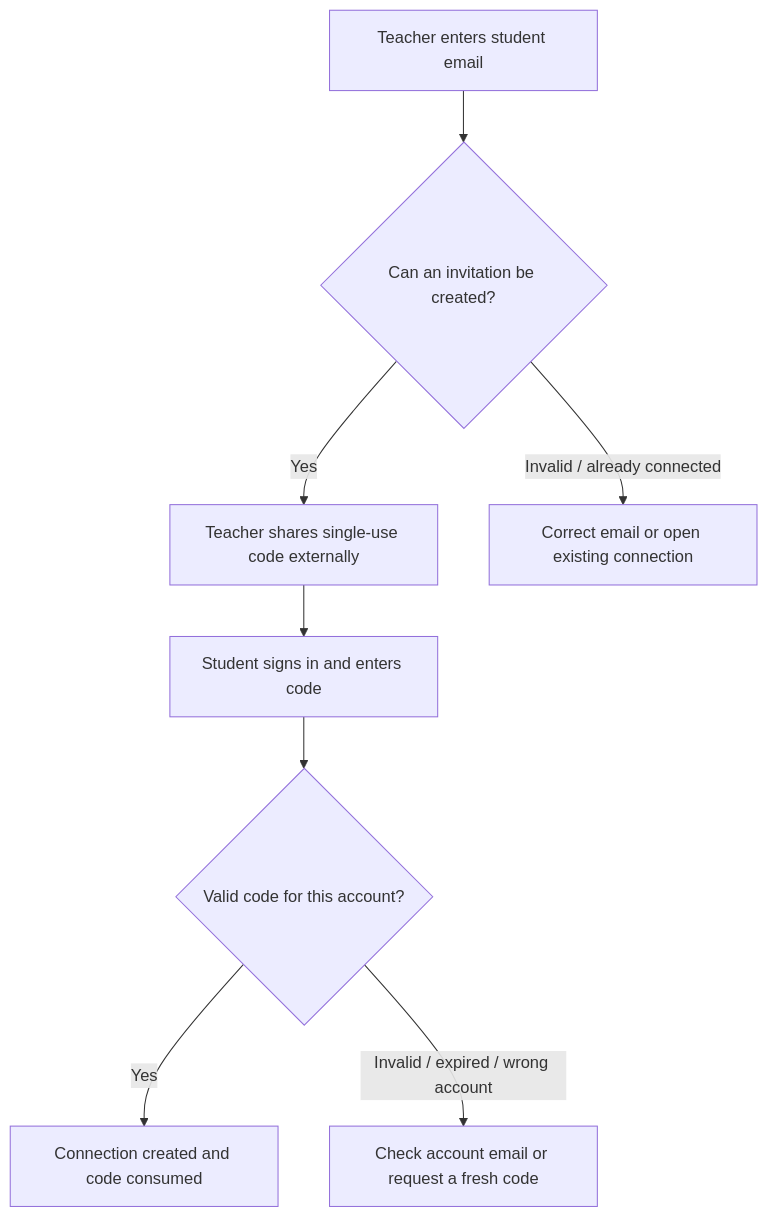
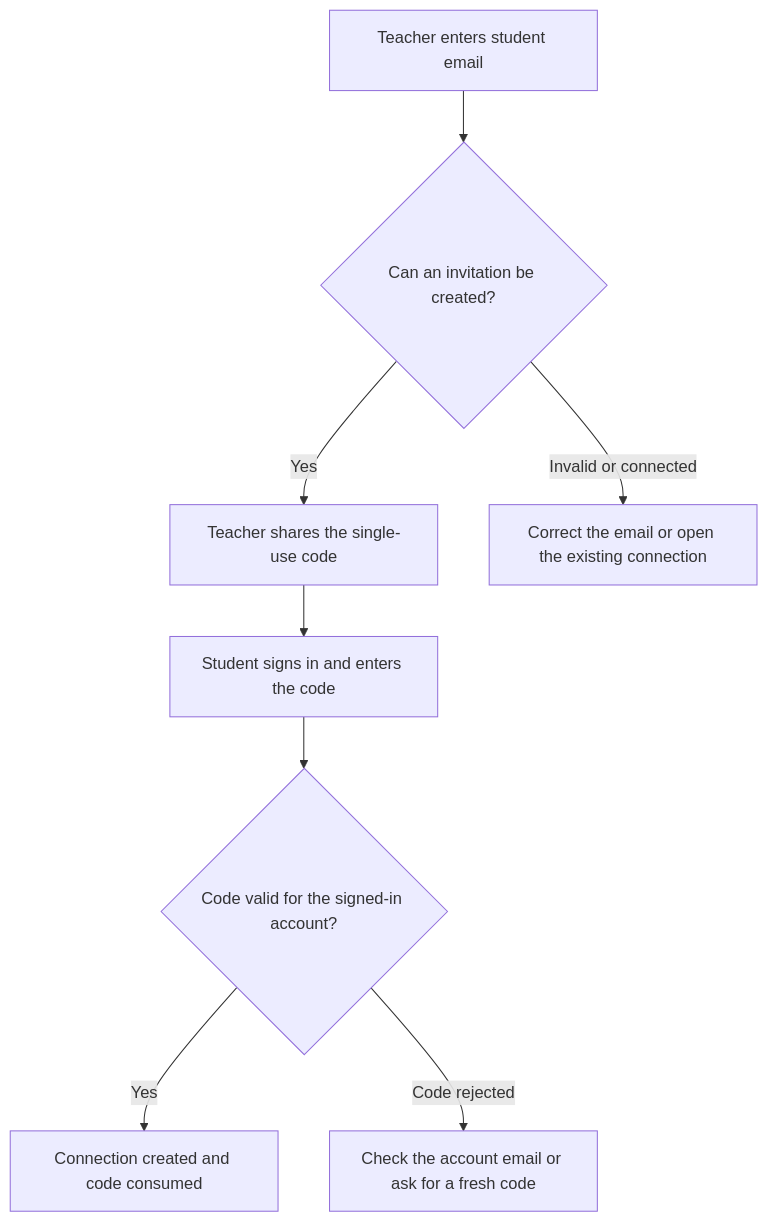
The diagram in docs/sprint-2/ui-ux/invitation-flow.mmd (Sprint-1-Software-engineering/Sprint-1), drawn with Mermaid before and after one commit. The commit also changed 12 other files, not shown here.

Commit message:
Add Figma exports and correct Sprint 2 decision flows (#66)

```diff
--- a/docs/sprint-2/ui-ux/invitation-flow.mmd
+++ b/docs/sprint-2/ui-ux/invitation-flow.mmd
@@ -1,16 +1,16 @@
 flowchart TD
-  M0["Teacher enters student email"]
-  M1{"Can an invitation be created?"}
-  M2["Teacher shares single-use code externally"]
-  M3["Student signs in and enters code"]
-  M4{"Valid code for this account?"}
-  M5["Connection created and code consumed"]
-  B0["Correct email or open existing connection"]
-  B1["Check account email or request a fresh code"]
-  M0 --> M1
-  M1 -->|"Yes"| M2
-  M2 --> M3
-  M3 --> M4
-  M4 -->|"Yes"| M5
-  M1 -->|"Invalid / already connected"| B0
-  M4 -->|"Invalid / expired / wrong account"| B1
+  teacher["Teacher enters student email"]
+  create{"Can an invitation be created?"}
+  share["Teacher shares the single-use code"]
+  student["Student signs in and enters the code"]
+  accept{"Code valid for the signed-in account?"}
+  connected["Connection created and code consumed"]
+  invalidEmail["Correct the email or open the existing connection"]
+  invalidCode["Check the account email or ask for a fresh code"]
+  teacher --> create
+  create -->|"Yes"| share
+  share --> student
+  student --> accept
+  accept -->|"Yes"| connected
+  create -->|"Invalid or connected"| invalidEmail
+  accept -->|"Code rejected"| invalidCode
```
